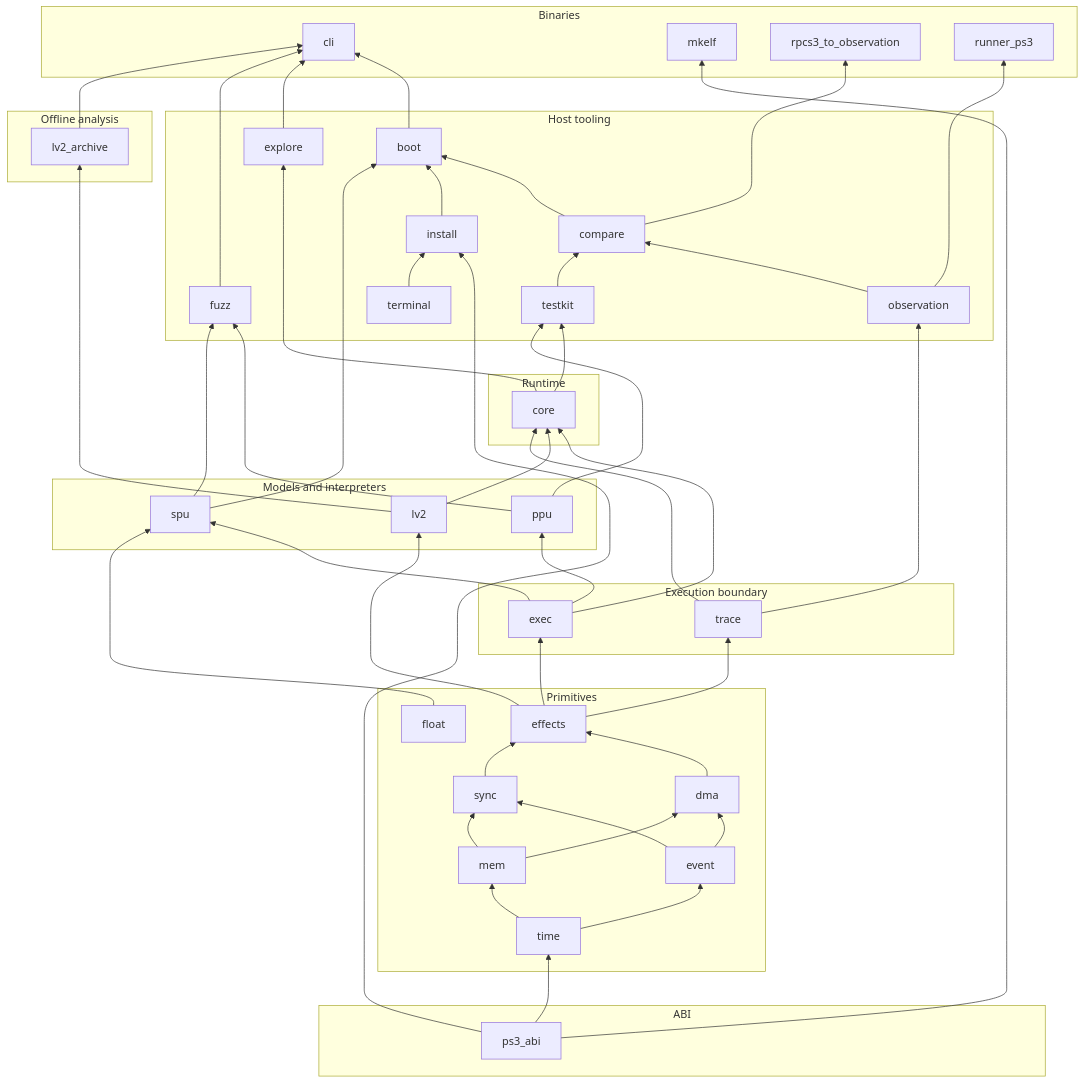
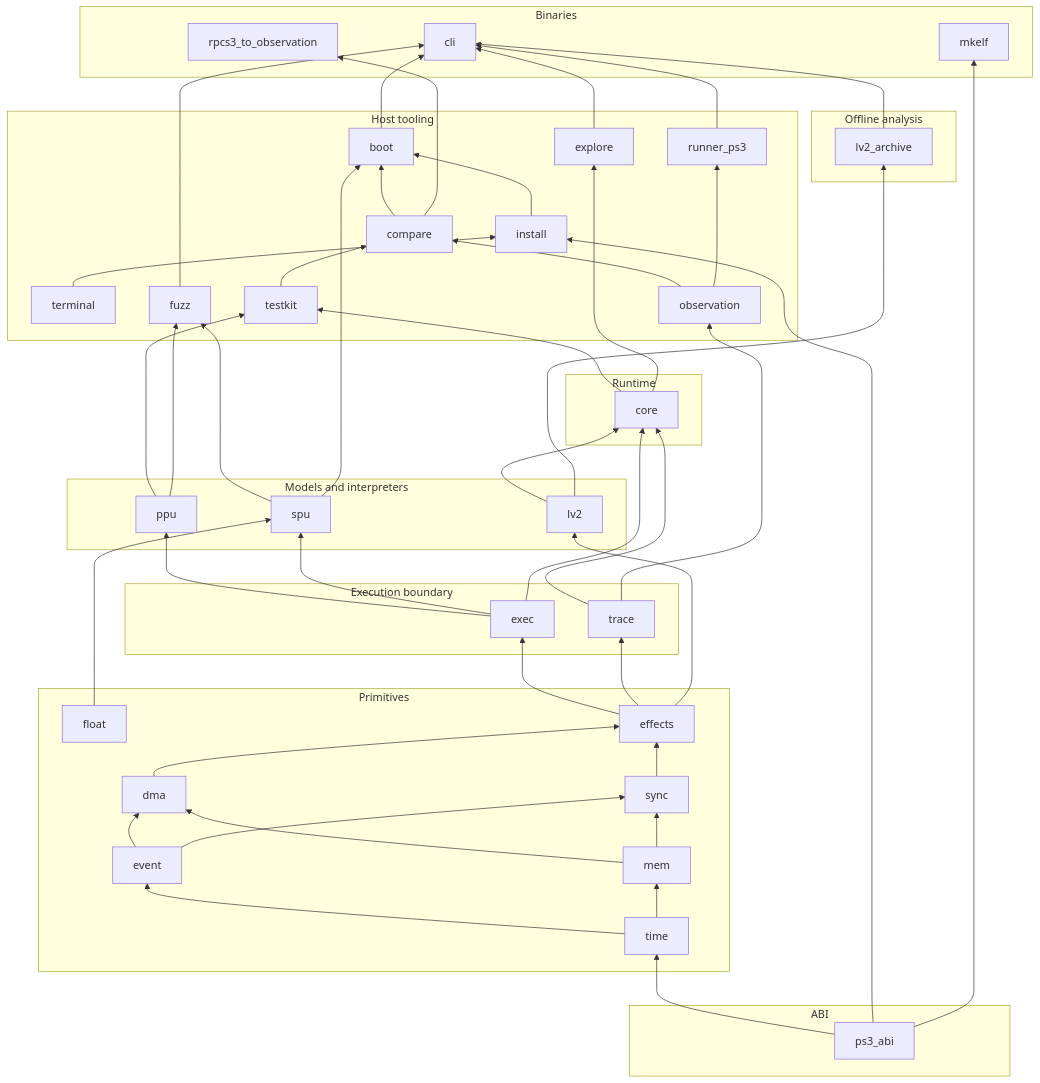
Before and after one commit to RoyalAce22/CellGov: the diagram in docs/architecture/workspace.md, drawn with Mermaid. The commit also changed other lines of this file and 19 other files, not shown here.

Commit message:
feat(cli): cellgov ps3 drives the PS3 runner's verbs, registers its variables truthfully, and maps its failures into the 50-54 band

````diff
--- a/docs/architecture/workspace.md
+++ b/docs/architecture/workspace.md
@@ -11,67 +11,68 @@
 ```mermaid
 graph BT
   subgraph ABI
     ps3_abi
   end
   subgraph Primitives
     time; float; event; mem; dma; sync; effects
   end
   subgraph Execution boundary
     exec; trace
   end
   subgraph Models and interpreters
     lv2; ppu; spu
   end
   subgraph Runtime
     core
   end
   subgraph Offline analysis
     lv2_archive
   end
   subgraph Host tooling
-    terminal; testkit; observation; compare; explore; fuzz; install; boot
+    terminal; testkit; observation; compare; explore; fuzz; install; runner_ps3; boot
   end
   subgraph Binaries
-    cli; mkelf; rpcs3_to_observation; runner_ps3
+    cli; mkelf; rpcs3_to_observation
   end
 
   ps3_abi --> time
   time --> event
   time --> mem
   event --> dma
   mem --> dma
   event --> sync
   mem --> sync
   dma --> effects
   sync --> effects
   effects --> exec
   effects --> trace
   effects --> lv2
   exec --> ppu
   exec --> spu
   float --> spu
   exec --> core
   lv2 --> core
   trace --> core
   lv2 --> lv2_archive
   core --> testkit
   ppu --> testkit
   trace --> observation
   observation --> compare
   testkit --> compare
   core --> explore
   ppu --> fuzz
   spu --> fuzz
   ps3_abi --> install
   terminal --> install
+  observation --> runner_ps3
   compare --> boot
   install --> boot
   spu --> boot
   boot --> cli
   explore --> cli
   fuzz --> cli
   lv2_archive --> cli
+  runner_ps3 --> cli
   ps3_abi --> mkelf
   compare --> rpcs3_to_observation
-  observation --> runner_ps3
 ```
````
